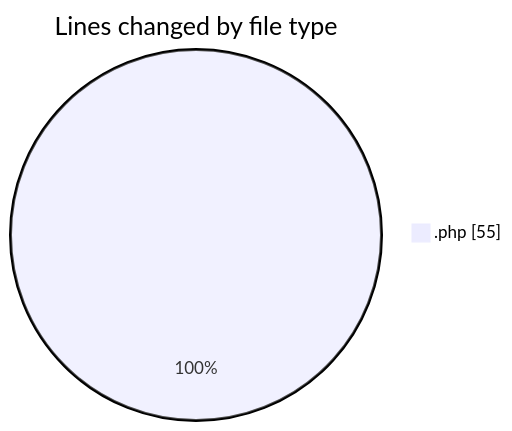
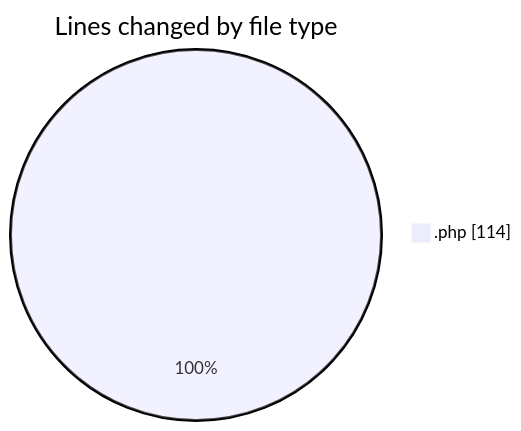
One commit to LanceThiago/code-tracking changed the first of 2 diagrams in 2025-06-05/web/README.md. Above: the diagram before and after it, drawn with Mermaid. The commit also changed other lines of this file and 1 other file, not shown here.

````diff
--- a/2025-06-05/web/README.md
+++ b/2025-06-05/web/README.md
@@ -20,5 +20,5 @@
 ```mermaid
 pie showData
 title Lines changed by file type
-".php" : 55
+".php" : 114
 ```
````
